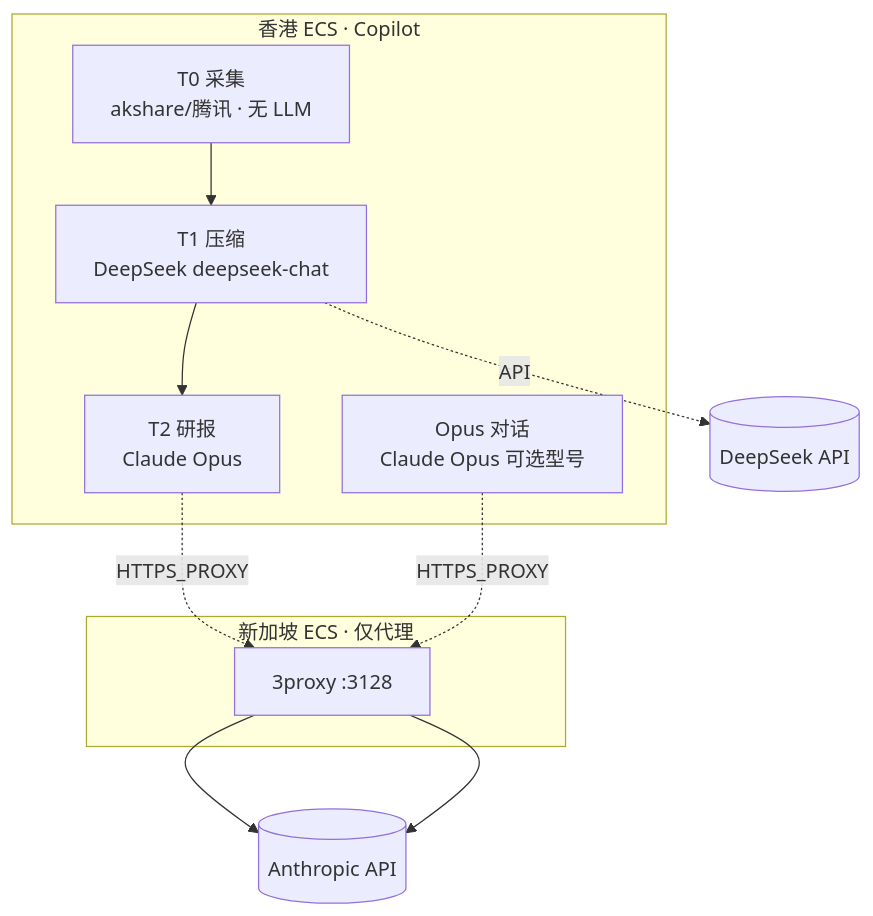
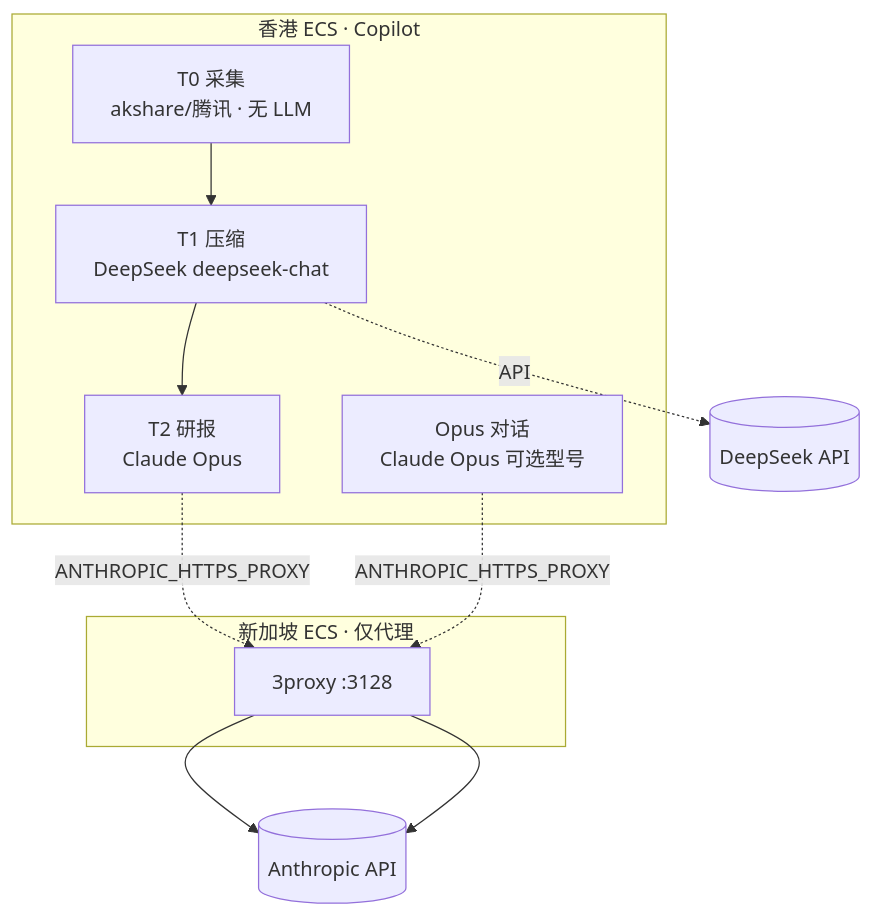
One commit to myxxhui/diting-doc changed the diagram in 03_原子目标与规约/_共享规约/26_行情雷达与AI模型工作流.md. Above: the diagram before and after it, drawn with Mermaid. The commit also changed other lines of this file and 1 other file, not shown here.

````diff
--- a/03_原子目标与规约/_共享规约/26_行情雷达与AI模型工作流.md
+++ b/03_原子目标与规约/_共享规约/26_行情雷达与AI模型工作流.md
@@ -58,16 +59,16 @@
 ```mermaid
 flowchart TB
   subgraph HK["香港 ECS · Copilot"]
     T0["T0 采集<br/>akshare/腾讯 · 无 LLM"]
     T1["T1 压缩<br/>DeepSeek deepseek-chat"]
     T2["T2 研报<br/>Claude Opus"]
     Chat["Opus 对话<br/>Claude Opus 可选型号"]
   end
   subgraph SG["新加坡 ECS · 仅代理"]
     PX["3proxy :3128"]
   end
   T0 --> T1 --> T2
   T1 -.->|API| DS[(DeepSeek API)]
-  T2 -.->|HTTPS_PROXY| PX --> AN[(Anthropic API)]
-  Chat -.->|HTTPS_PROXY| PX --> AN
+  T2 -.->|ANTHROPIC_HTTPS_PROXY| PX --> AN[(Anthropic API)]
+  Chat -.->|ANTHROPIC_HTTPS_PROXY| PX --> AN
 ```
````
